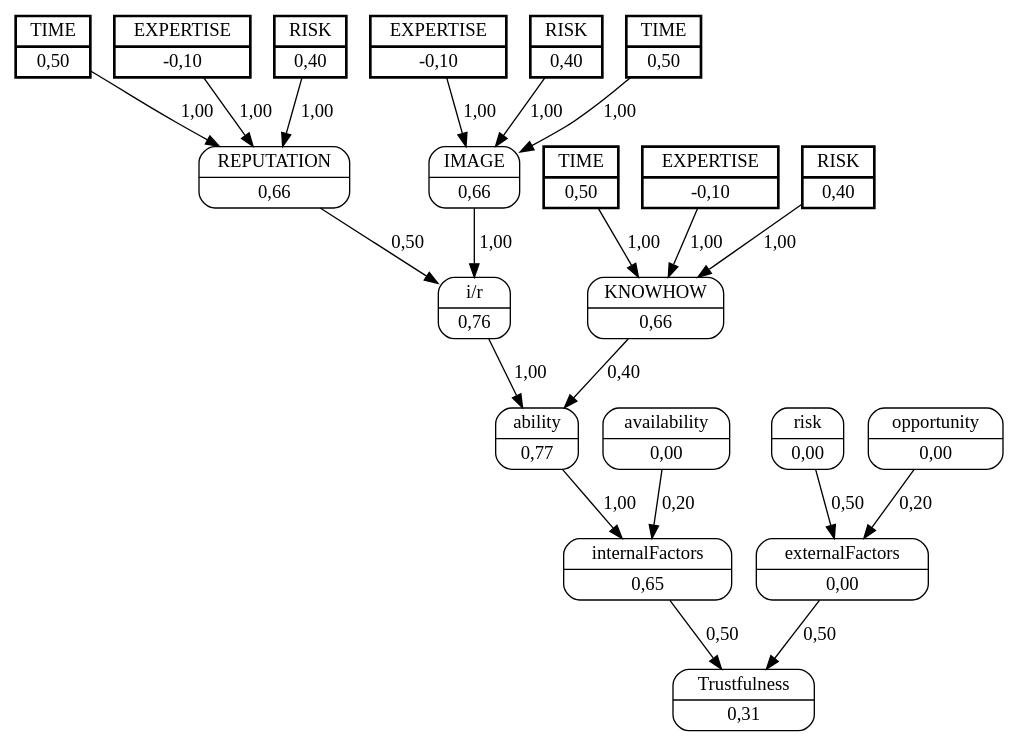
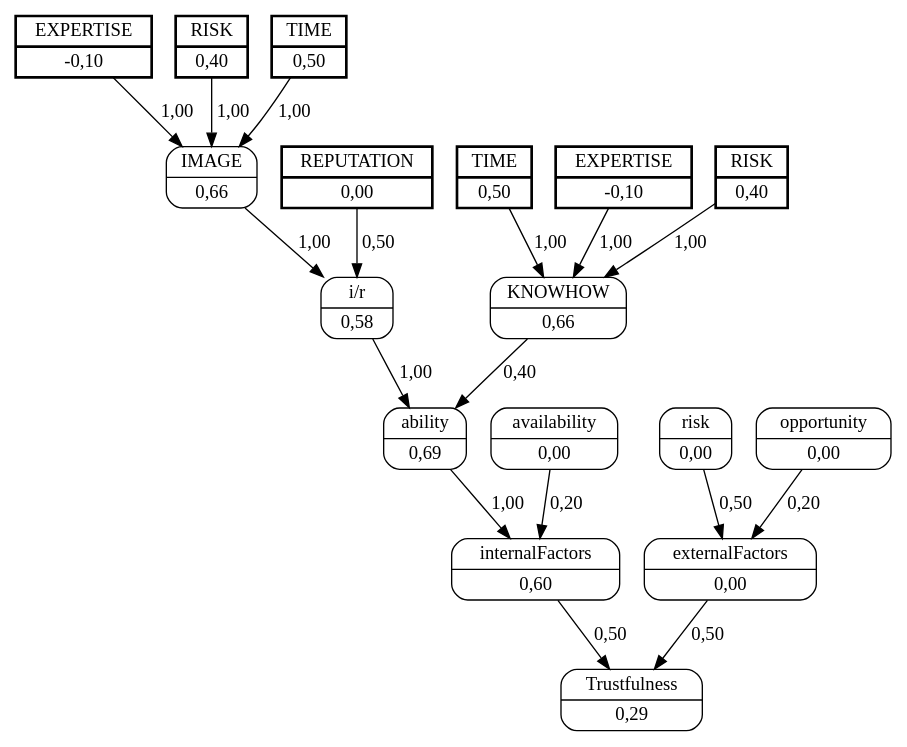
One commit to jjbaqueta/unload_experiment changed the diagram in unload_boxes/dots/worker_2helper_5.dot. Above: the diagram before and after it, drawn with Graphviz. The commit also changed 17 other files, not shown here.

```diff
--- a/unload_boxes/dots/worker_2helper_5.dot
+++ b/unload_boxes/dots/worker_2helper_5.dot
@@ -1,47 +1,39 @@
 digraph FCM_net{
 	node [shape=record, style=rounded]
 	11 [label="{EXPERTISE | -0,10}", style=bold, penwidth=2, peripheries=2];
 	12 [label="{RISK | 0,40}", style=bold, penwidth=2, peripheries=2];
 	13 [label="{TIME | 0,50}", style=bold, penwidth=2, peripheries=2];
+	1 [label="{REPUTATION | 0,00}", style=bold, penwidth=2, peripheries=2];
 	14 [label="{EXPERTISE | -0,10}", style=bold, penwidth=2, peripheries=2];
 	15 [label="{RISK | 0,40}", style=bold, penwidth=2, peripheries=2];
 	16 [label="{TIME | 0,50}", style=bold, penwidth=2, peripheries=2];
-	17 [label="{EXPERTISE | -0,10}", style=bold, penwidth=2, peripheries=2];
-	18 [label="{RISK | 0,40}", style=bold, penwidth=2, peripheries=2];
-	19 [label="{TIME | 0,50}", style=bold, penwidth=2, peripheries=2];
 	0 [label="{IMAGE | 0,66}"];
-	1 [label="{REPUTATION | 0,66}"];
 	2 [label="{KNOWHOW | 0,66}"];
-	3 [label="{i/r | 0,76}"];
-	4 [label="{ability | 0,77}"];
+	3 [label="{i/r | 0,58}"];
+	4 [label="{ability | 0,69}"];
 	5 [label="{availability | 0,00}"];
-	6 [label="{internalFactors | 0,65}"];
+	6 [label="{internalFactors | 0,60}"];
 	7 [label="{risk | 0,00}"];
 	8 [label="{opportunity | 0,00}"];
 	9 [label="{externalFactors | 0,00}"];
-	10 [label="{Trustfulness | 0,31}"];
+	10 [label="{Trustfulness | 0,29}"];
 	11 [label="{EXPERTISE | -0,10}"];
-	12 [label="{RISK | 0,40}"];
 	13 [label="{TIME | 0,50}"];
-	15 [label="{RISK | 0,40}"];
-	17 [label="{EXPERTISE | -0,10}"];
+	14 [label="{EXPERTISE | -0,10}"];
 	0 -> 3 [label = "1,00"];
 	1 -> 3 [label = "0,50"];
 	3 -> 4 [label = "1,00"];
 	2 -> 4 [label = "0,40"];
 	4 -> 6 [label = "1,00"];
 	5 -> 6 [label = "0,20"];
 	6 -> 10 [label = "0,50"];
 	7 -> 9 [label = "0,50"];
 	8 -> 9 [label = "0,20"];
 	9 -> 10 [label = "0,50"];
 	11 -> 0 [label = "1,00"];
 	12 -> 0 [label = "1,00"];
 	13 -> 0 [label = "1,00"];
-	14 -> 1 [label = "1,00"];
-	15 -> 1 [label = "1,00"];
-	16 -> 1 [label = "1,00"];
-	17 -> 2 [label = "1,00"];
-	18 -> 2 [label = "1,00"];
-	19 -> 2 [label = "1,00"];
+	14 -> 2 [label = "1,00"];
+	15 -> 2 [label = "1,00"];
+	16 -> 2 [label = "1,00"];
 }
```
